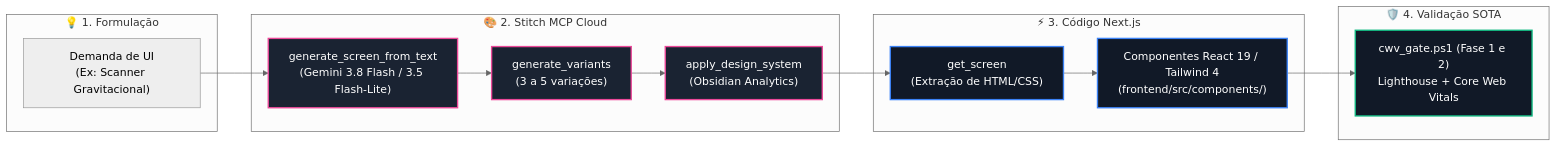
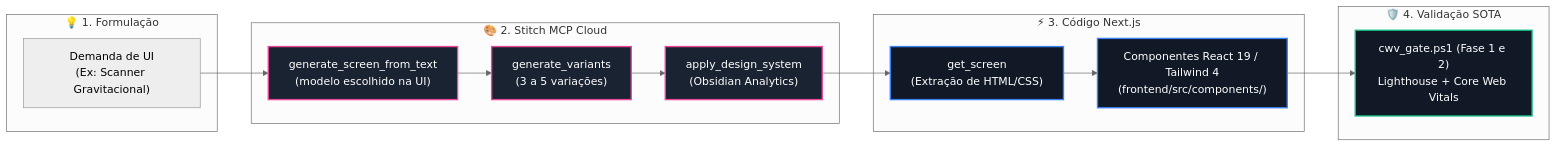
Before and after one commit to RaphaelVitoi/Site: the diagram in .agents/skills/google-stitch-design/SKILL.md, drawn with Mermaid (neutral theme). The commit also changed other lines of this file and 12 other files, not shown here.

````diff
--- a/.agents/skills/google-stitch-design/SKILL.md
+++ b/.agents/skills/google-stitch-design/SKILL.md
@@ -64,34 +62,34 @@
 ```mermaid
 flowchart LR
     subgraph Conceito["💡 1. Formulação"]
         Req["Demanda de UI\n(Ex: Scanner Gravitacional)"]
     end
 
     subgraph StitchCloud["🎨 2. Stitch MCP Cloud"]
-        Gen["generate_screen_from_text\n(Gemini 3.8 Flash / 3.5 Flash-Lite)"]
+        Gen["generate_screen_from_text\n(modelo escolhido na UI)"]
         Var["generate_variants\n(3 a 5 variações)"]
         DS["apply_design_system\n(Obsidian Analytics)"]
         Gen --> Var --> DS
     end
 
     subgraph Componentizacao["⚡ 3. Código Next.js"]
         HTML["get_screen\n(Extração de HTML/CSS)"]
         React["Componentes React 19 / Tailwind 4\n(frontend/src/components/)"]
         HTML --> React
     end
 
     subgraph Homologacao["🛡️ 4. Validação SOTA"]
         Gate["cwv_gate.ps1 (Fase 1 e 2)\nLighthouse + Core Web Vitals"]
     end
 
     Req --> Gen
     DS --> HTML
     React --> Gate
 
     classDef cloud fill:#1a2332,stroke:#ec4899,stroke-width:2px,color:#fff;
     classDef react fill:#111927,stroke:#3b82f6,stroke-width:2px,color:#fff;
     classDef gate fill:#111927,stroke:#10b981,stroke-width:2px,color:#fff;
     class Gen,Var,DS cloud;
     class HTML,React react;
     class Gate gate;
 ```
````
